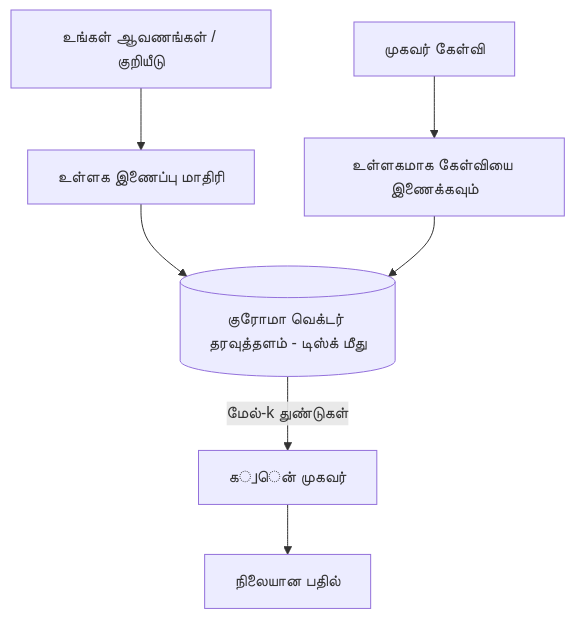
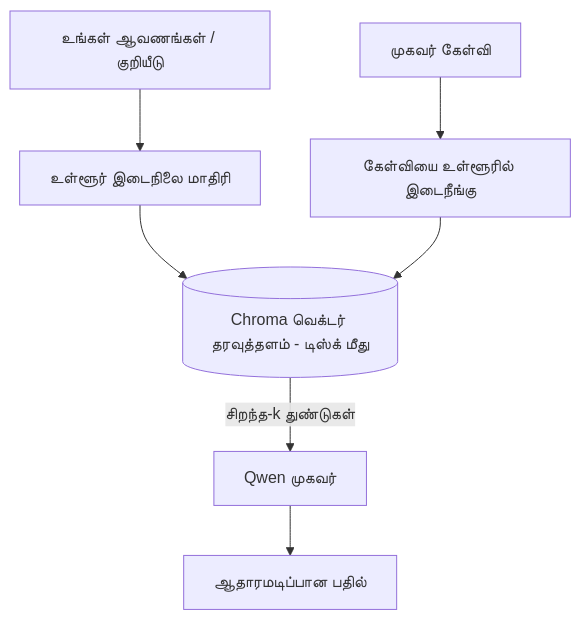
One commit to gabrielmoreira/agent-skills-mirror changed the third of 4 diagrams in mirrors/repos/microsoft@ai-agents-for-beginners/translations/ta/17-creating-local-ai-agents/README.md. Above: the diagram before and after it, drawn with Mermaid. The commit also changed other lines of this file and 4262 other files, not shown here.

````diff
--- a/mirrors/repos/microsoft@ai-agents-for-beginners/translations/ta/17-creating-local-ai-agents/README.md
+++ b/mirrors/repos/microsoft@ai-agents-for-beginners/translations/ta/17-creating-local-ai-agents/README.md
@@ -125,9 +125,9 @@
 ```mermaid
 flowchart TB
-    D[உங்கள் ஆவணங்கள் / குறியீடு] --> E[உள்ளக இணைப்பு மாதிரி]
-    E --> V[(குரோமா வெக்டர் தரவுத்தளம் - டிஸ்க் மீது)]
-    Q[முகவர் கேள்வி] --> QE[உள்ளகமாக கேள்வியை இணைக்கவும்]
+    D[உங்கள் ஆவணங்கள் / குறியீடு] --> E[உள்ளூர் இடைநிலை மாதிரி]
+    E --> V[(Chroma வெக்டர் தரவுத்தளம் - டிஸ்க் மீது)]
+    Q[முகவர் கேள்வி] --> QE[கேள்வியை உள்ளூரில் இடைநீங்கு]
     QE --> V
-    V -->|மேல்-k துண்டுகள்| A[க്വென் முகவர்]
-    A --> Ans[நிலையான பதில்]
+    V -->|சிறந்த-k துண்டுகள்| A[Qwen முகவர்]
+    A --> Ans[ஆதாரமடிப்பான பதில்]
 ```
````
